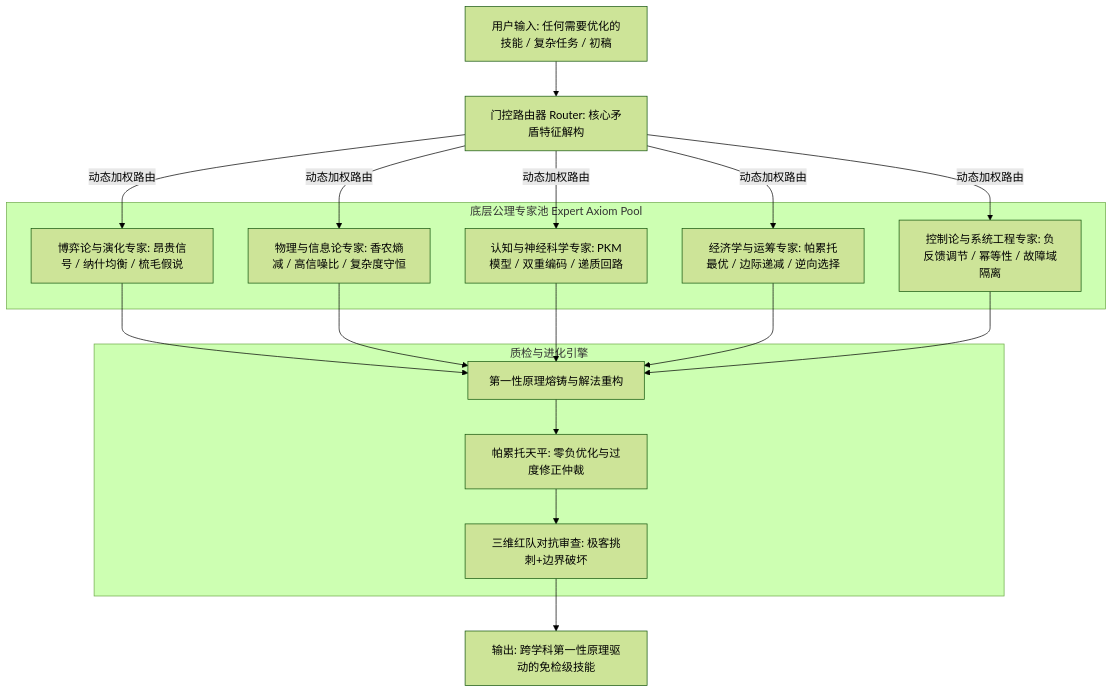
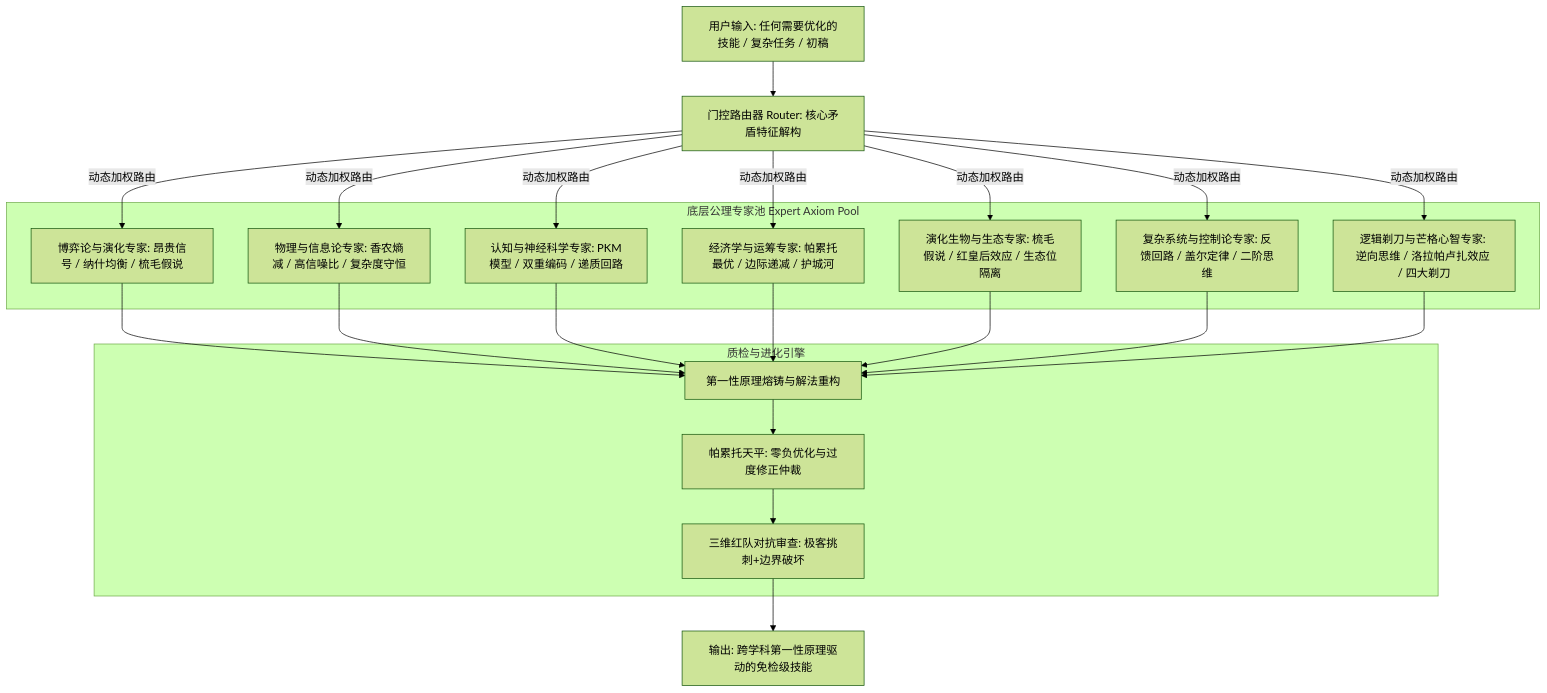
Before and after one commit to alexkwok213/the-oracle: the diagram in README.md, drawn with Mermaid (forest theme). The commit also changed other lines of this file and 7 other files, not shown here.

````diff
--- a/README.md
+++ b/README.md
@@ -31,27 +31,31 @@
 ```mermaid
 flowchart TD
     User[用户输入: 任何需要优化的技能 / 复杂任务 / 初稿] --> Router[门控路由器 Router: 核心矛盾特征解构]
     
     subgraph 底层公理专家池 Expert Axiom Pool
         E1[博弈论与演化专家: 昂贵信号 / 纳什均衡 / 梳毛假说]
         E2[物理与信息论专家: 香农熵减 / 高信噪比 / 复杂度守恒]
         E3[认知与神经科学专家: PKM模型 / 双重编码 / 递质回路]
-        E4[经济学与运筹专家: 帕累托最优 / 边际递减 / 逆向选择]
-        E5[控制论与系统工程专家: 负反馈调节 / 幂等性 / 故障域隔离]
+        E4[经济学与运筹专家: 帕累托最优 / 边际递减 / 护城河]
+        E5[演化生物与生态专家: 梳毛假说 / 红皇后效应 / 生态位隔离]
+        E6[复杂系统与控制论专家: 反馈回路 / 盖尔定律 / 二阶思维]
+        E7[逻辑剃刀与芒格心智专家: 逆向思维 / 洛拉帕卢扎效应 / 四大剃刀]
     end
     
     Router -->|动态加权路由| E1
     Router -->|动态加权路由| E2
     Router -->|动态加权路由| E3
     Router -->|动态加权路由| E4
     Router -->|动态加权路由| E5
+    Router -->|动态加权路由| E6
+    Router -->|动态加权路由| E7
     
-    E1 & E2 & E3 & E4 & E5 --> Synthesizer[第一性原理熔铸与解法重构]
+    E1 & E2 & E3 & E4 & E5 & E6 & E7 --> Synthesizer[第一性原理熔铸与解法重构]
     
     subgraph 质检与进化引擎
         Synthesizer --> Pareto[帕累托天平: 零负优化与过度修正仲裁]
         Pareto --> RedTeam[三维红队对抗审查: 极客挑刺+边界破坏]
     end
     
     RedTeam --> Output[输出: 跨学科第一性原理驱动的免检级技能]
 ```
````
